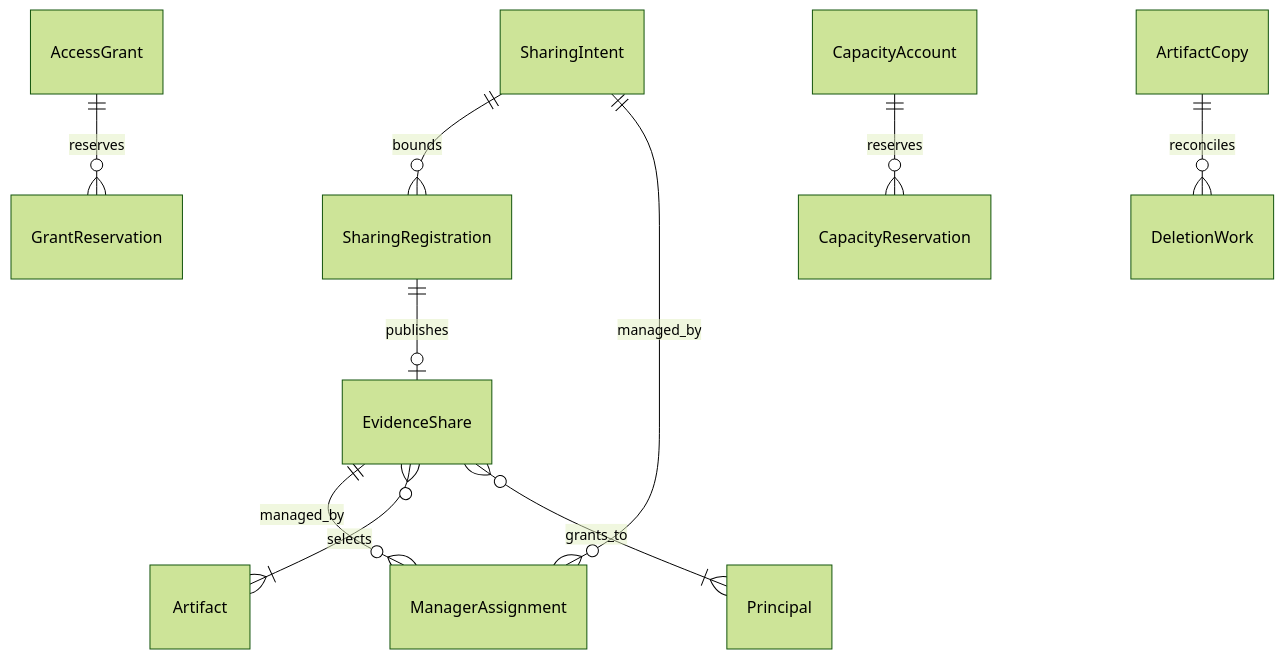
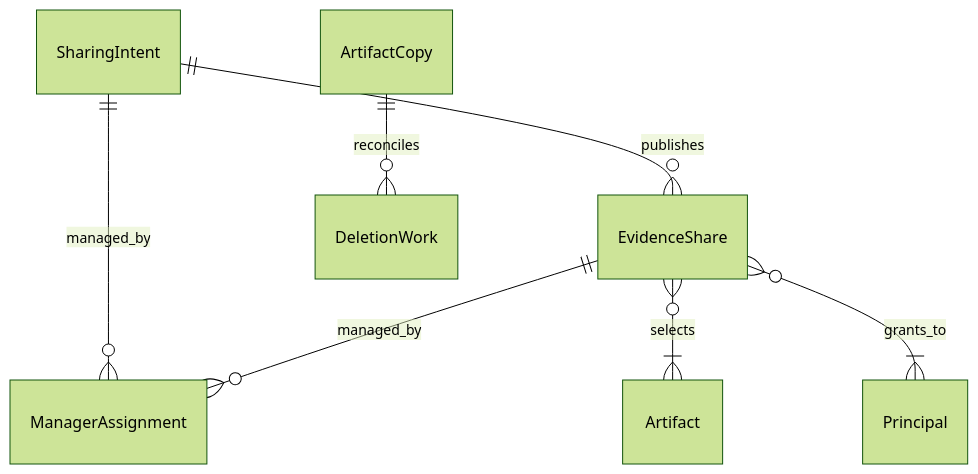
One commit to phihos/asservat changed the second of 3 diagrams in docs/domain/README.md. Above: the diagram before and after it, drawn with Mermaid (forest theme). The commit also changed other lines of this file and 163 other files, not shown here.

````diff
--- a/docs/domain/README.md
+++ b/docs/domain/README.md
@@ -55,12 +55,9 @@
 ```mermaid
 erDiagram
-  SharingIntent ||--o{ SharingRegistration : bounds
-  SharingRegistration ||--o| EvidenceShare : publishes
+  SharingIntent ||--o{ EvidenceShare : publishes
   SharingIntent ||--o{ ManagerAssignment : managed_by
   EvidenceShare ||--o{ ManagerAssignment : managed_by
   EvidenceShare }o--|{ Artifact : selects
   EvidenceShare }o--|{ Principal : grants_to
-  AccessGrant ||--o{ GrantReservation : reserves
-  CapacityAccount ||--o{ CapacityReservation : reserves
   ArtifactCopy ||--o{ DeletionWork : reconciles
 ```
````
